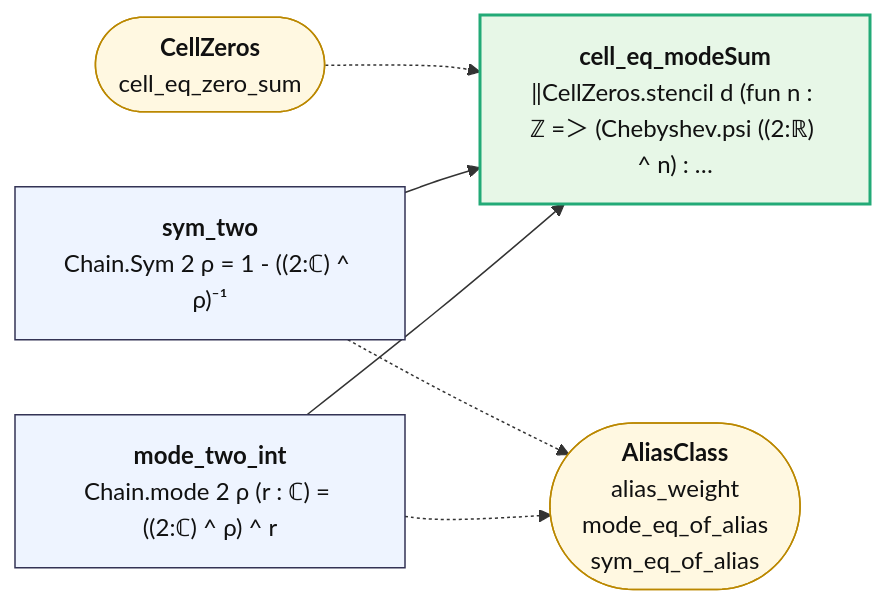
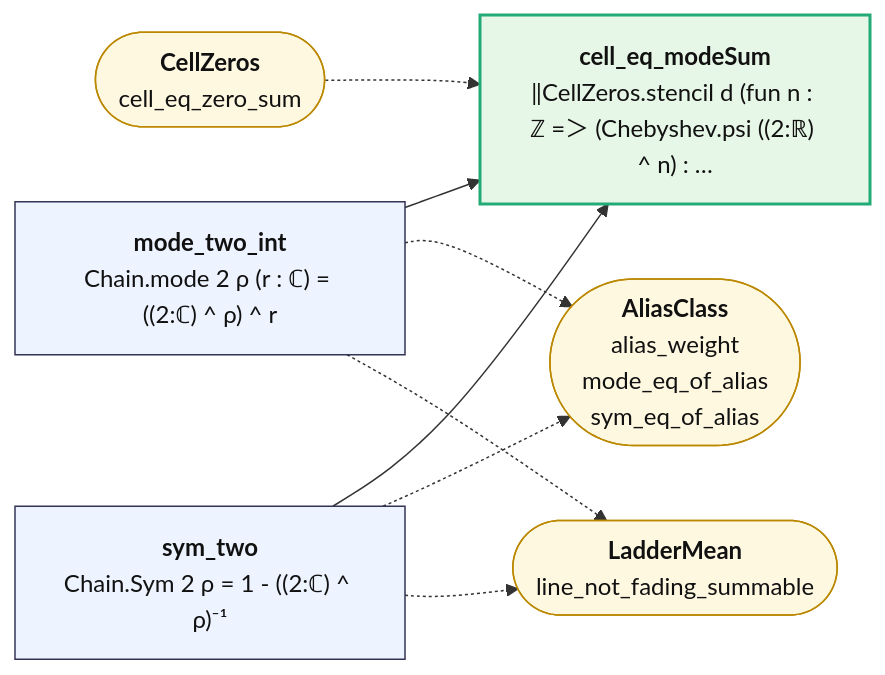
Before and after one commit to juliansambranojr/Primebeat_081426: the diagram in map/lean_stage3/CellModes.mmd, drawn with Mermaid. The commit also changed 33 other files, not shown here.

First line of the commit message:
LadderMean.lean: infinitely many zeros on one line do not fade from the one ladder's cells, given summable weights (mean_extract, line_not_fading_summable); unit 0431 records where the general case of joint 10 stops and why; unit 0432 logged; map refreshed from Lean

```diff
--- a/map/lean_stage3/CellModes.mmd
+++ b/map/lean_stage3/CellModes.mmd
@@ -1,16 +1,19 @@
 flowchart LR
   n0["<b>mode_two_int</b><br/>Chain.mode 2 ρ (r : ℂ) = ((2:ℂ) ^ ρ) ^ r"]:::thm
   n1["<b>sym_two</b><br/>Chain.Sym 2 ρ = 1 - ((2:ℂ) ^ ρ)⁻¹"]:::thm
   n2["<b>cell_eq_modeSum</b><br/>‖CellZeros.stencil d (fun n : ℤ =＞ (Chebyshev.psi ((2:ℝ) ^ n) : …"]:::end_
   x0(["<b>AliasClass</b><br/>alias_weight<br/>mode_eq_of_alias<br/>sym_eq_of_alias"]):::ext
-  x1(["<b>CellZeros</b><br/>cell_eq_zero_sum"]):::ext
+  x1(["<b>LadderMean</b><br/>line_not_fading_summable"]):::ext
+  x2(["<b>CellZeros</b><br/>cell_eq_zero_sum"]):::ext
   n0 --> n2
   n1 --> n2
   n0 -.-> x0
+  n0 -.-> x1
   n1 -.-> x0
-  x1 -.-> n2
+  n1 -.-> x1
+  x2 -.-> n2
   classDef thm fill:#eef4ff,stroke:#335,color:#111
   classDef end_ fill:#e7f7e7,stroke:#2a7,color:#111,stroke-width:2px
   classDef lone fill:#fff,stroke:#999,color:#111,stroke-dasharray:4 3
   classDef bad fill:#ffe5e5,stroke:#c22,color:#111,stroke-width:2px
   classDef ext fill:#fff8e1,stroke:#b80,color:#111
```
